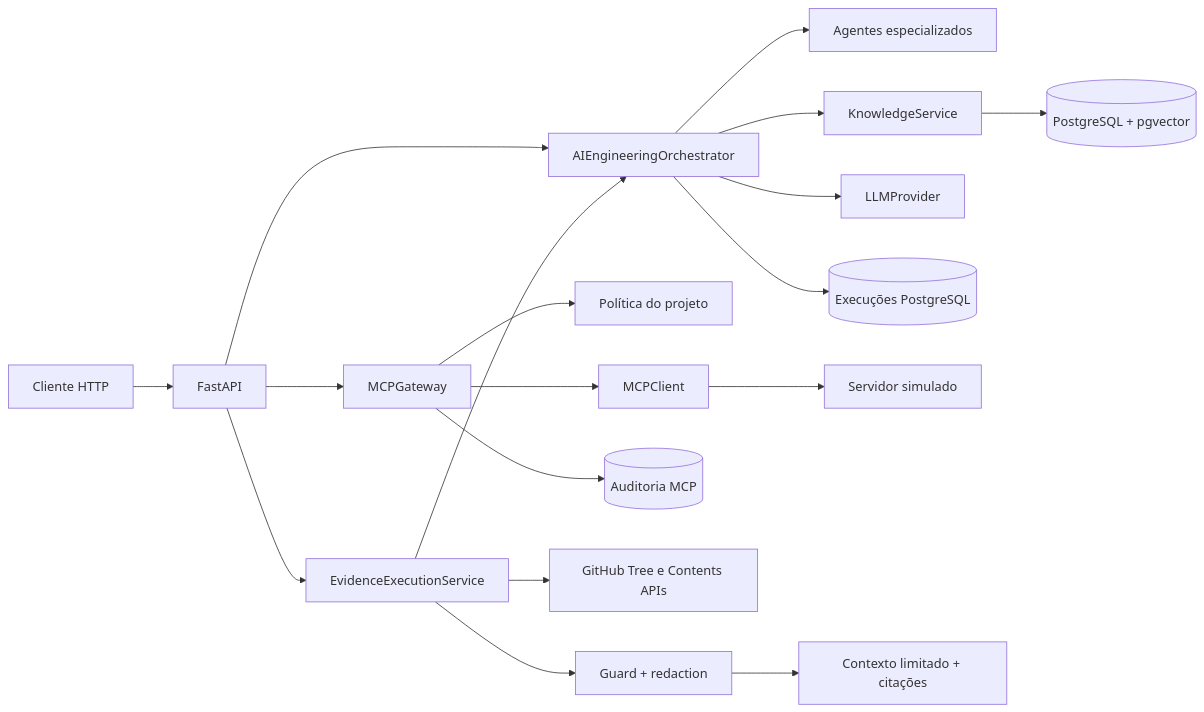
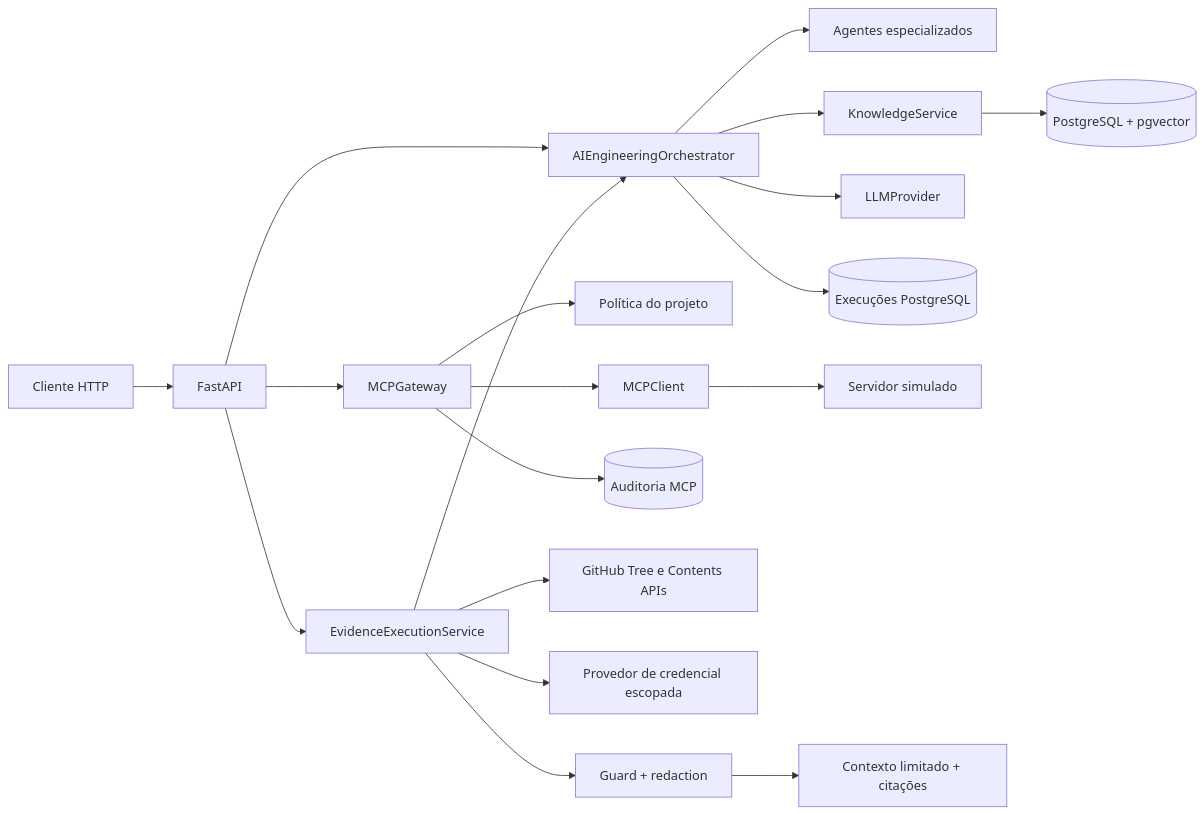
The first of 3 diagrams in docs/pt-BR/guia-arquitetura.md (AriRoberto/ai-engineering-orchestrator), drawn with Mermaid before and after one commit. The commit also changed other lines of this file and 26 other files, not shown here.

````diff
--- a/docs/pt-BR/guia-arquitetura.md
+++ b/docs/pt-BR/guia-arquitetura.md
@@ -8,20 +8,21 @@
 ```mermaid
 flowchart LR
     C[Cliente HTTP] --> API[FastAPI]
     API --> O[AIEngineeringOrchestrator]
     O --> A[Agentes especializados]
     O --> K[KnowledgeService]
     O --> L[LLMProvider]
     O --> E[(Execuções PostgreSQL)]
     K --> V[(PostgreSQL + pgvector)]
     API --> M[MCPGateway]
     M --> P[Política do projeto]
     M --> S[MCPClient]
     M --> AU[(Auditoria MCP)]
     S --> D[Servidor simulado]
     API --> EC[EvidenceExecutionService]
     EC --> GH[GitHub Tree e Contents APIs]
+    EC --> CP[Provedor de credencial escopada]
     EC --> CG[Guard + redaction]
     CG --> CB[Contexto limitado + citações]
     EC --> O
 ```
````
